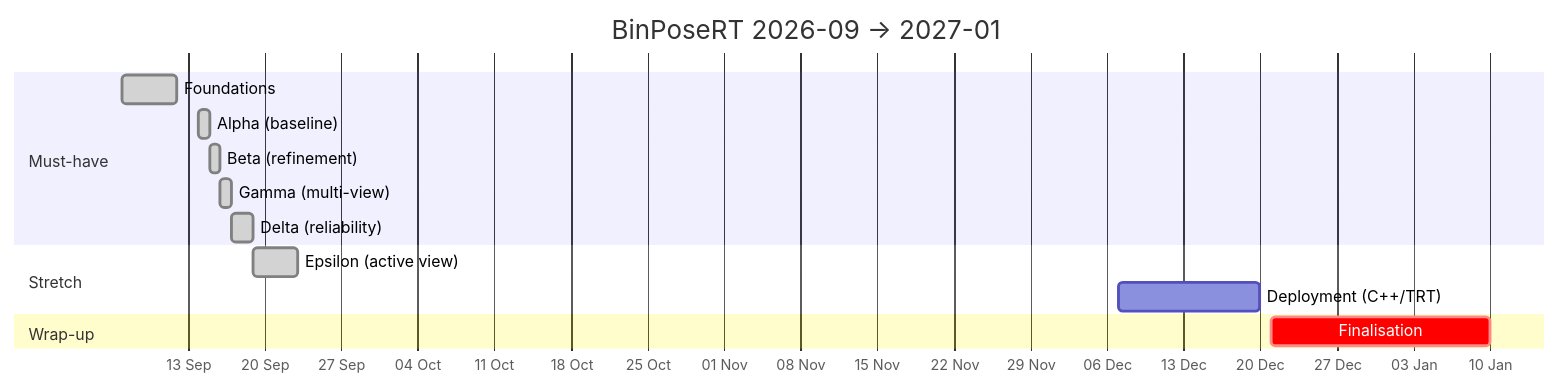
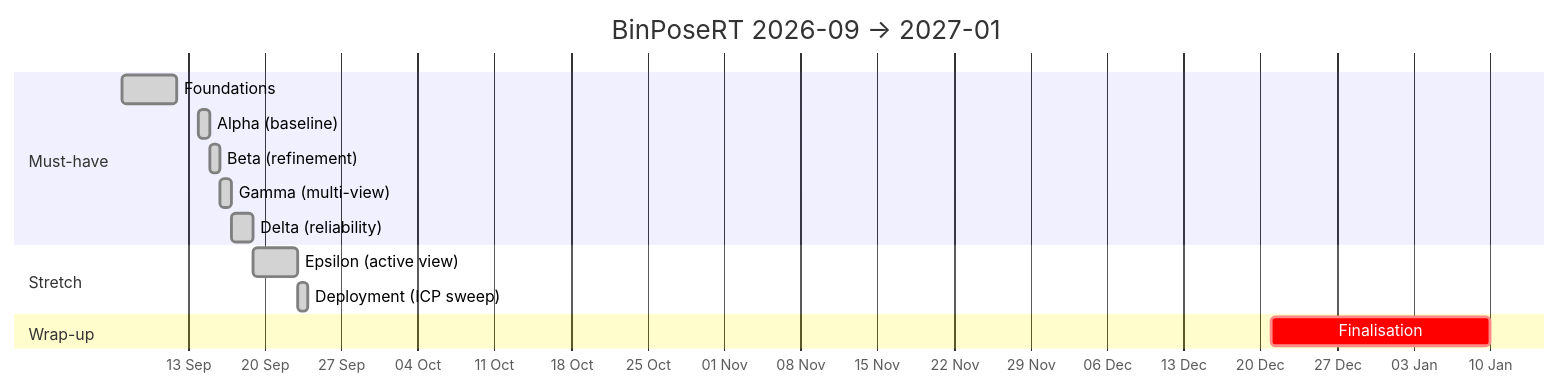
One commit to ahmadmasood43/BinPoseRT changed the diagram in docs/MILESTONES.md. Above: the diagram before and after it, drawn with Mermaid. The commit also changed other lines of this file and 23 other files, not shown here.

````diff
--- a/docs/MILESTONES.md
+++ b/docs/MILESTONES.md
@@ -29,17 +29,17 @@
 ```mermaid
 gantt
     title BinPoseRT 2026-09 → 2027-01
     dateFormat  YYYY-MM-DD
     axisFormat  %d %b
     section Must-have
     Foundations            :done,    m1, 2026-09-07, 2026-09-12
     Alpha (baseline)       :done,    m2, 2026-09-14, 2026-09-15
     Beta (refinement)      :done,    m3, 2026-09-15, 2026-09-16
     Gamma (multi-view)     :done,    m4, 2026-09-16, 2026-09-17
     Delta (reliability)    :done,    m5, 2026-09-17, 2026-09-19
     section Stretch
     Epsilon (active view)  :done,    m6, 2026-09-19, 2026-09-23
-    Deployment (C++/TRT)   :         m7, 2026-12-07, 2026-12-20
+    Deployment (ICP sweep) :done,    m7, 2026-09-23, 2026-09-24
     section Wrap-up
     Finalisation           :crit,    m8, 2026-12-21, 2027-01-10
 ```
````
